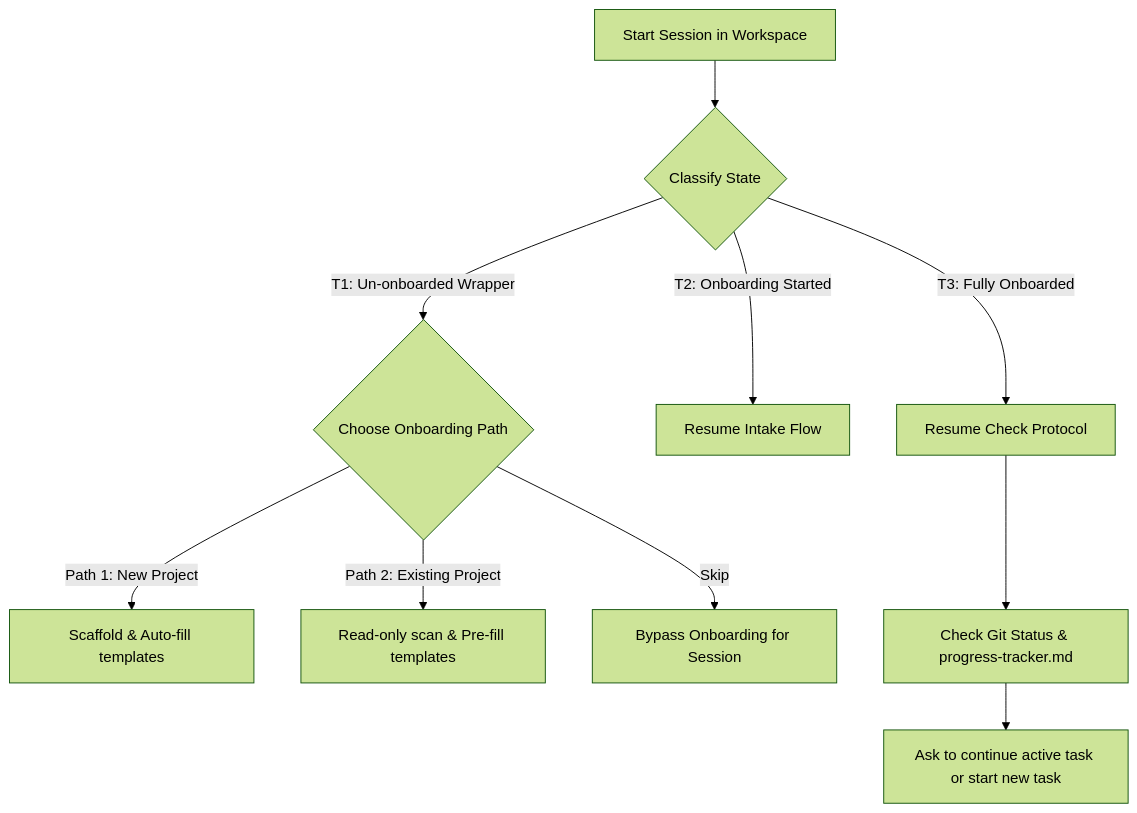
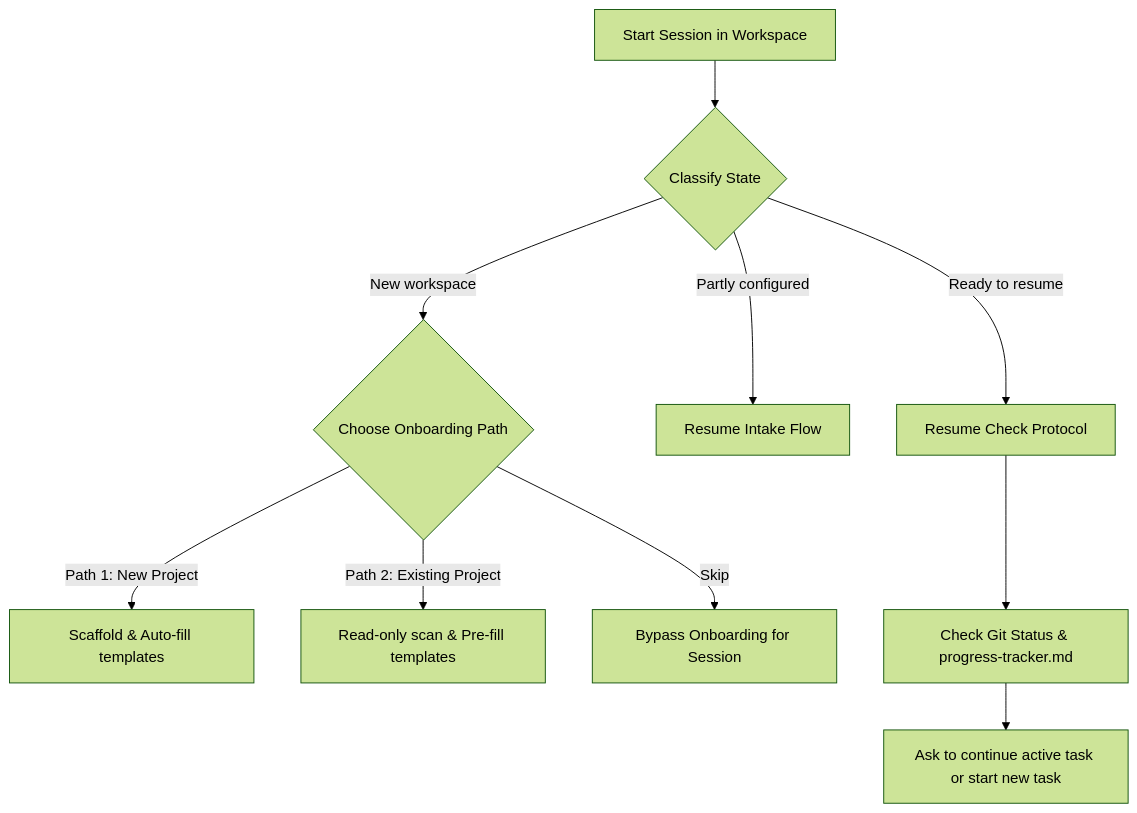
Before and after one commit to Joyperm/AgentJoJoy: the diagram in README.md, drawn with Mermaid (forest theme). The commit also changed other lines of this file and 2 other files, not shown here.

````diff
--- a/README.md
+++ b/README.md
@@ -28,14 +56,14 @@
 ```mermaid
 graph TD
     A[Start Session in Workspace] --> B{Classify State}
-    B -->|T1: Un-onboarded Wrapper| D{Choose Onboarding Path}
-    B -->|T2: Onboarding Started| E[Resume Intake Flow]
-    B -->|T3: Fully Onboarded| F[Resume Check Protocol]
+    B -->|New workspace| D{Choose Onboarding Path}
+    B -->|Partly configured| E[Resume Intake Flow]
+    B -->|Ready to resume| F[Resume Check Protocol]
 
     D -->|Path 1: New Project| G[Scaffold & Auto-fill templates]
     D -->|Path 2: Existing Project| H[Read-only scan & Pre-fill templates]
     D -->|Skip| I[Bypass Onboarding for Session]
 
     F --> J[Check Git Status & progress-tracker.md]
     J --> K[Ask to continue active task or start new task]
 ```
````
